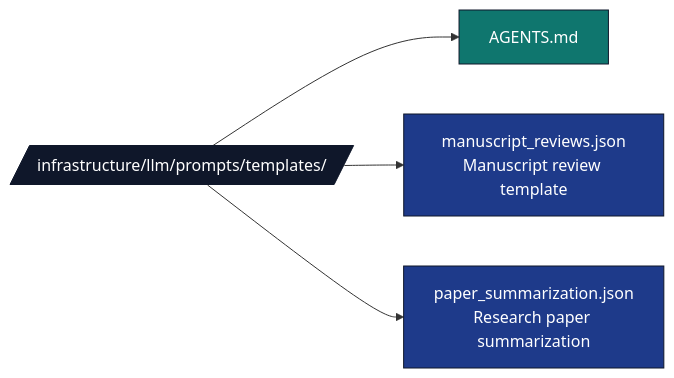
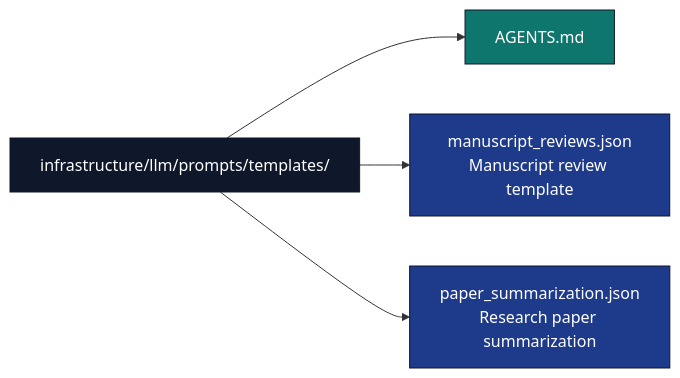
One commit to docxology/template changed the diagram in infrastructure/llm/prompts/templates/AGENTS.md. Above: the diagram before and after it, drawn with Mermaid. The commit also changed 94 other files, not shown here.

````diff
--- a/infrastructure/llm/prompts/templates/AGENTS.md
+++ b/infrastructure/llm/prompts/templates/AGENTS.md
@@ -9,14 +9,14 @@
 ```mermaid
 flowchart LR
-    T[/infrastructure/llm/prompts/templates//]
+    T[infrastructure/llm/prompts/templates/]
     T --> AG[AGENTS.md]
     T --> MR[manuscript_reviews.json<br/>Manuscript review template]
     T --> PS[paper_summarization.json<br/>Research paper summarization]
 
     classDef d fill:#0f172a,stroke:#0f172a,color:#fff
     classDef tpl fill:#1e3a8a,stroke:#0f172a,color:#fff
     classDef doc fill:#0f766e,stroke:#0f172a,color:#fff
     class T d
     class MR,PS tpl
     class AG doc
 ```
````
